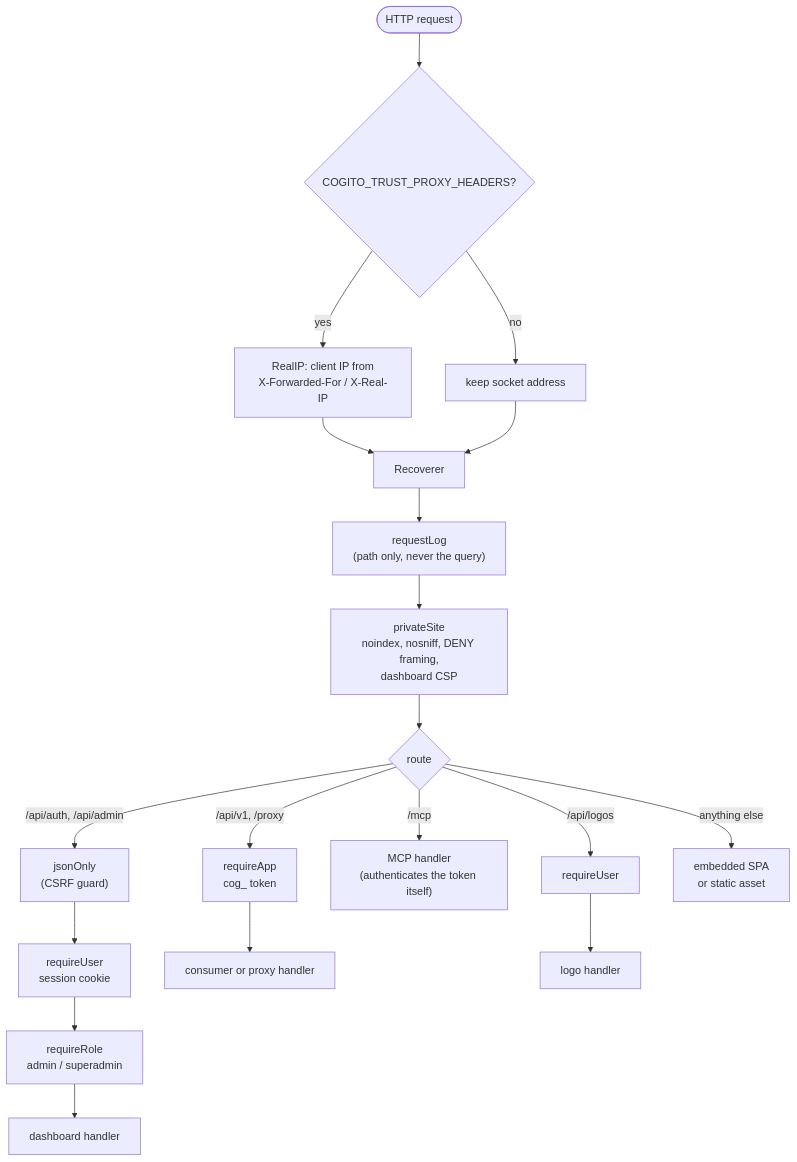
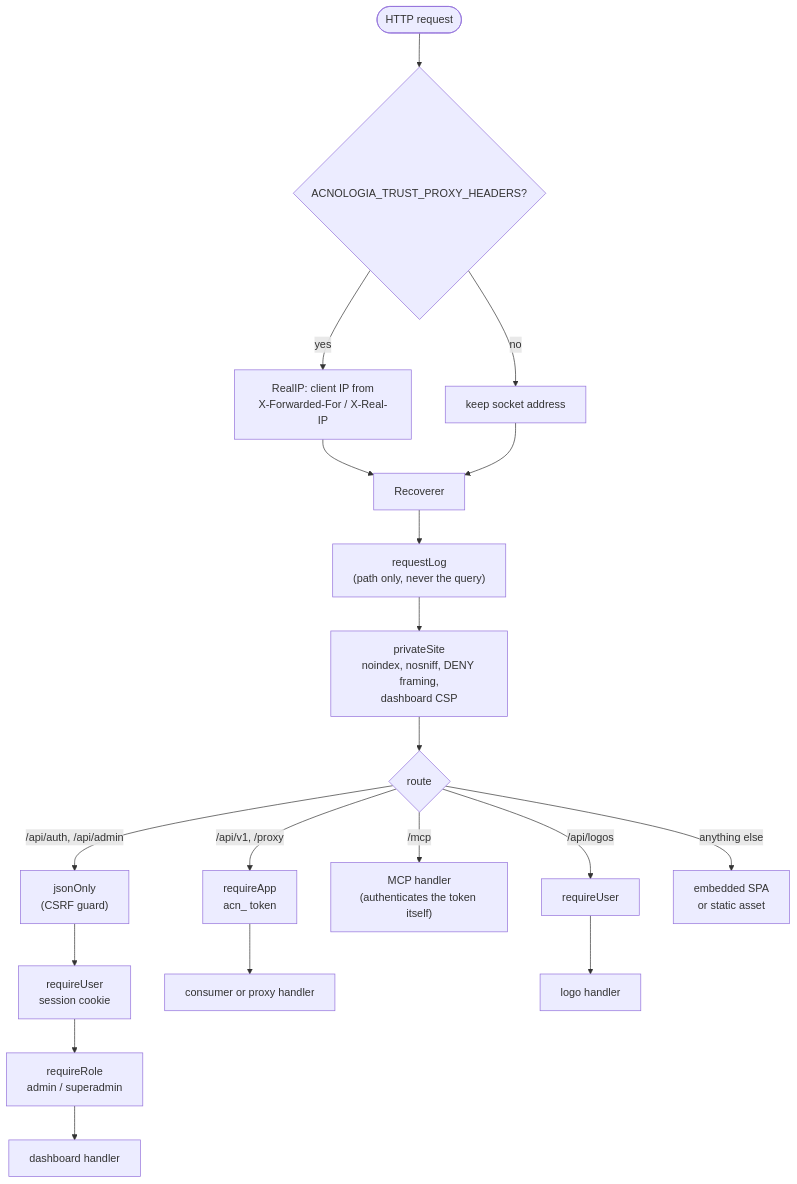
Before and after one commit to sidharthpunathil/acnologia: the second of 6 diagrams in server/internal/docsmd/files/architecture.md, drawn with Mermaid. The commit also changed other lines of this file and 43 other files, not shown here.

````diff
--- a/server/internal/docsmd/files/architecture.md
+++ b/server/internal/docsmd/files/architecture.md
@@ -79,20 +86,20 @@
 ```mermaid
 flowchart TD
-    Req([HTTP request]) --> RealIP{"COGITO_TRUST_PROXY_HEADERS?"}
+    Req([HTTP request]) --> RealIP{"ACNOLOGIA_TRUST_PROXY_HEADERS?"}
     RealIP -->|yes| SetIP["RealIP: client IP from<br/>X-Forwarded-For / X-Real-IP"]
     RealIP -->|no| Keep["keep socket address"]
     SetIP --> Rec[Recoverer]
     Keep --> Rec
     Rec --> Log["requestLog<br/>(path only, never the query)"]
     Log --> Priv["privateSite<br/>noindex, nosniff, DENY framing,<br/>dashboard CSP"]
     Priv --> Route{route}
     Route -->|/api/auth, /api/admin| JSON["jsonOnly<br/>(CSRF guard)"]
     JSON --> User["requireUser<br/>session cookie"]
     User --> Role["requireRole<br/>admin / superadmin"]
     Role --> H1[dashboard handler]
-    Route -->|/api/v1, /proxy| App["requireApp<br/>cog_ token"]
+    Route -->|/api/v1, /proxy| App["requireApp<br/>acn_ token"]
     App --> H2[consumer or proxy handler]
     Route -->|/mcp| H3["MCP handler<br/>(authenticates the token itself)"]
     Route -->|/api/logos| User2[requireUser] --> H4[logo handler]
     Route -->|anything else| SPA["embedded SPA<br/>or static asset"]
 ```
````
